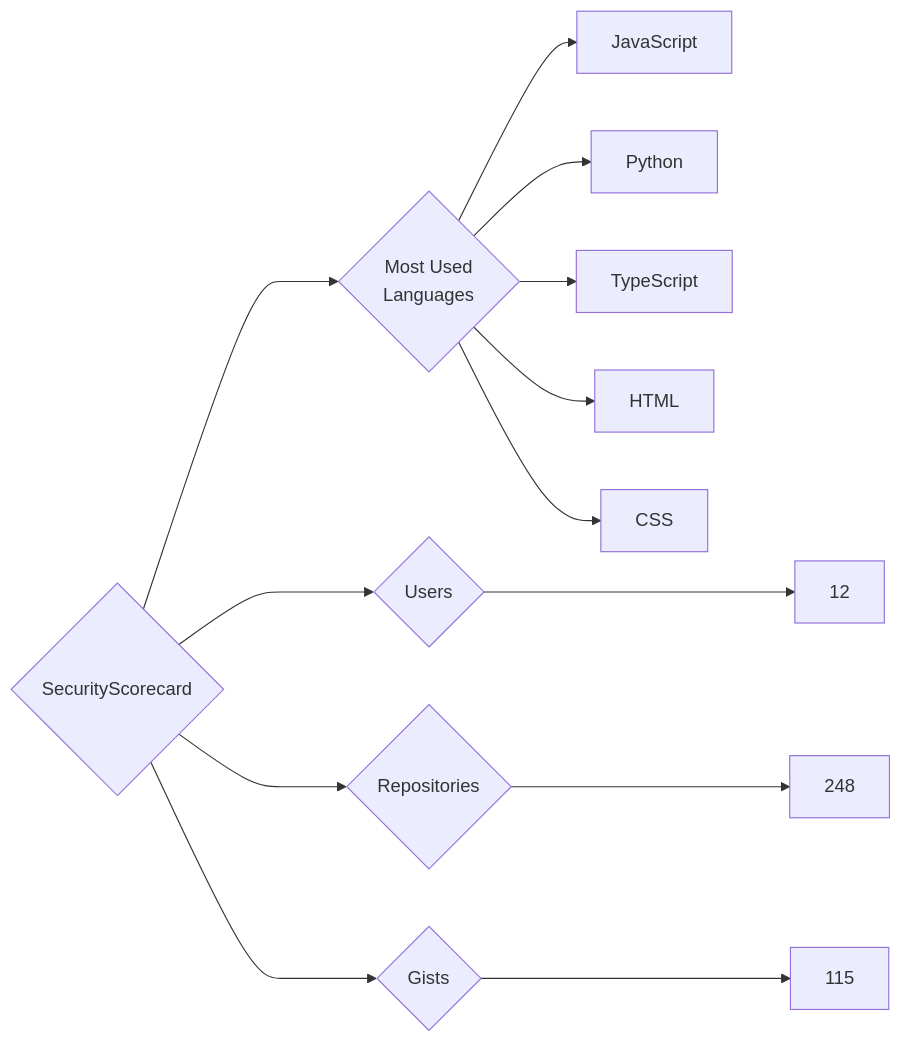
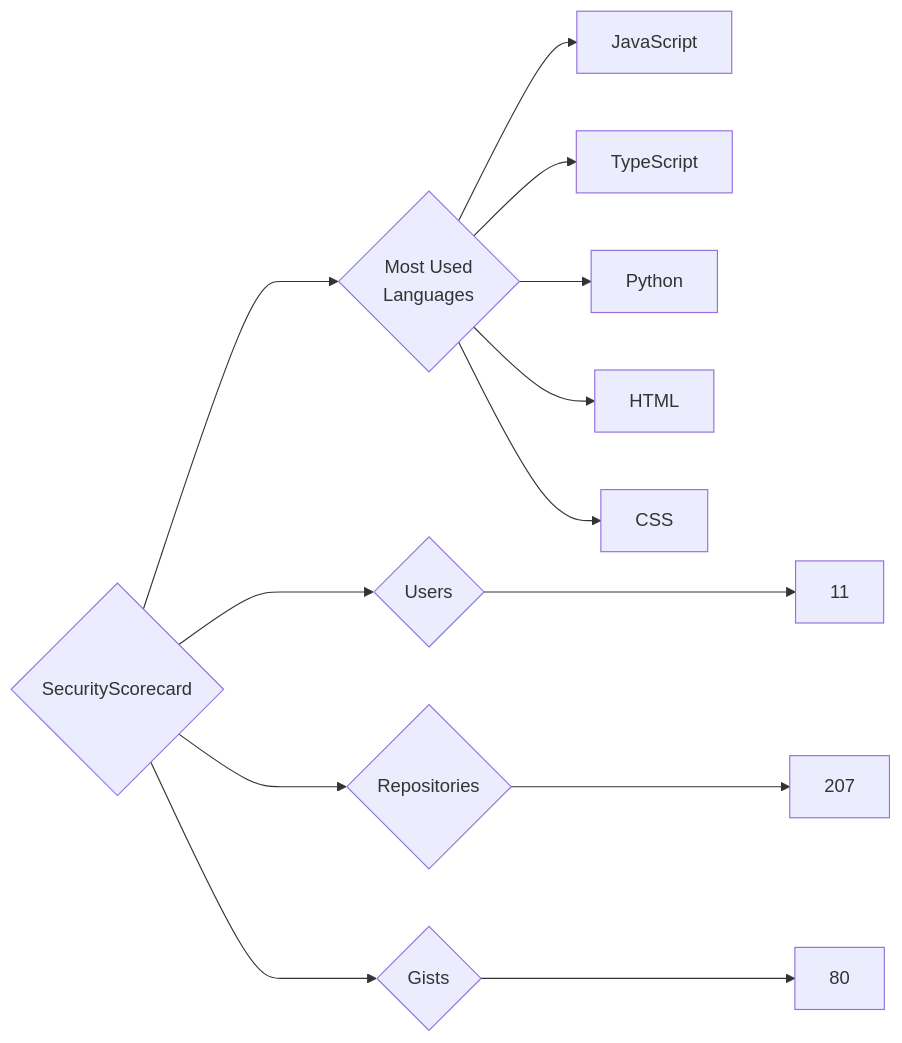
Before and after one commit to trickest/insiders: the diagram in targets/SecurityScorecard/README.md, drawn with Mermaid. The commit also changed 953 other files, not shown here.

````diff
--- a/targets/SecurityScorecard/README.md
+++ b/targets/SecurityScorecard/README.md
@@ -3,13 +3,13 @@
 ```mermaid
 graph LR
 COMPANY_NAME{SecurityScorecard}
-COMPANY_NAME ---> U{Users} ---> UN[12]
-COMPANY_NAME ---> R{Repositories} ---> RN[248]
-COMPANY_NAME ---> G{Gists} ---> GN[115]
+COMPANY_NAME ---> U{Users} ---> UN[11]
+COMPANY_NAME ---> R{Repositories} ---> RN[207]
+COMPANY_NAME ---> G{Gists} ---> GN[80]
 COMPANY_NAME ---> ML{Most Used<br>Languages}
 ML --> JavaScript[JavaScript]
+ML --> TypeScript[TypeScript]
 ML --> Python[Python]
-ML --> TypeScript[TypeScript]
 ML --> HTML[HTML]
 ML --> CSS[CSS]
 ```
````
